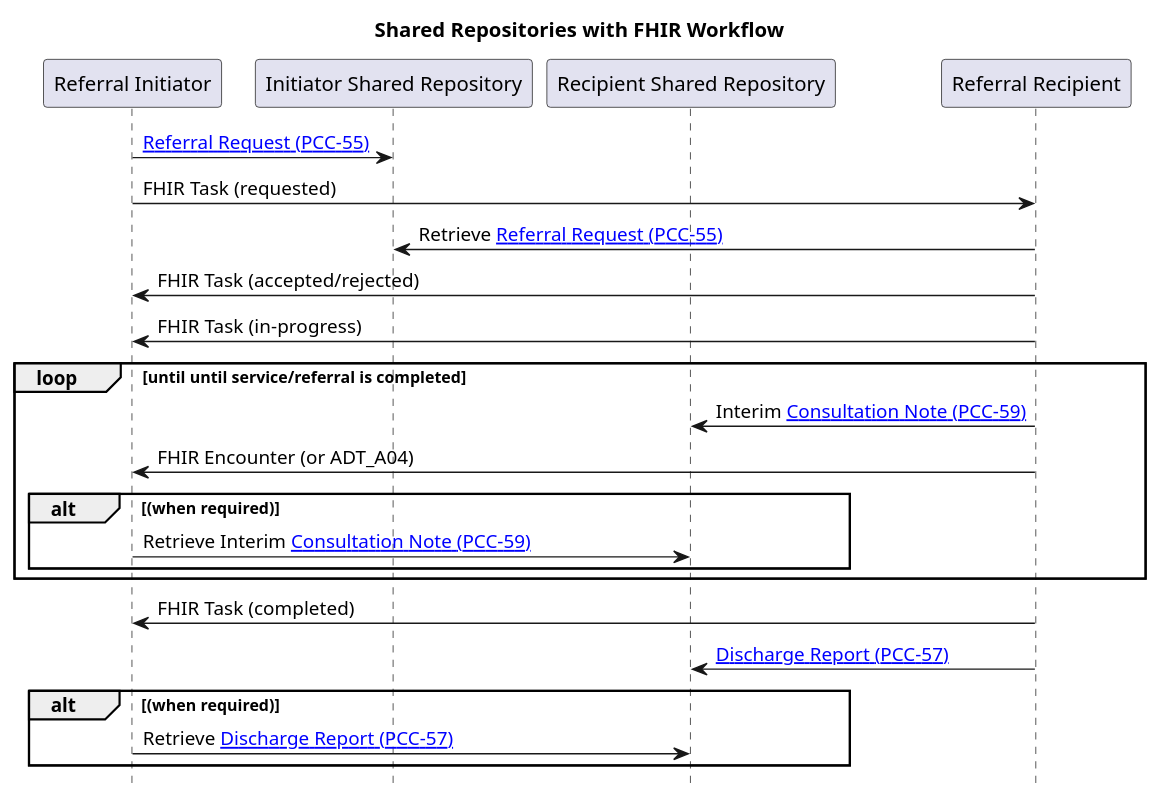
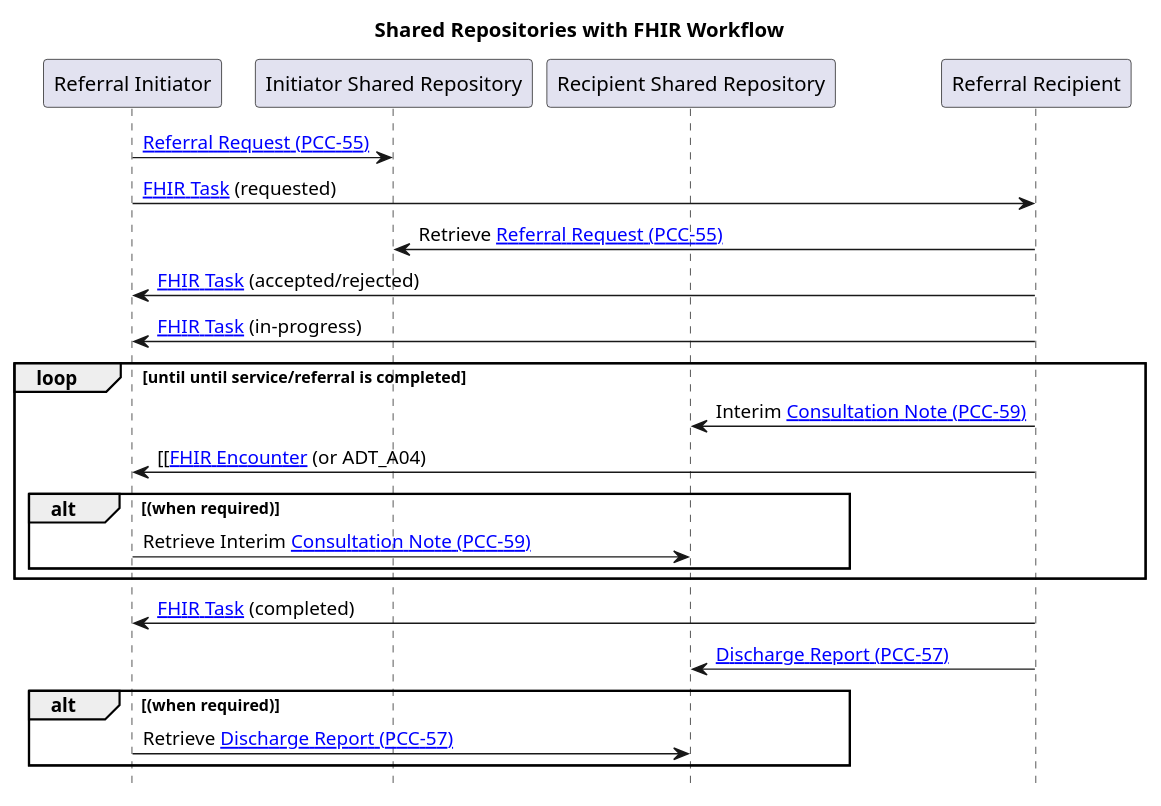
One commit to Virtually-Healthcare/virtually-healthcare.github.com changed the diagram in input/images-source/eReferral-fhir-sequence.plantuml. Above: the diagram before and after it, drawn with PlantUML. The commit also changed 1 other file, not shown here.

```diff
--- a/input/images-source/eReferral-fhir-sequence.plantuml
+++ b/input/images-source/eReferral-fhir-sequence.plantuml
@@ -1,30 +1,30 @@
 @startuml
 
 
 title "Shared Repositories with FHIR Workflow"
 
 hide footbox
 
 participant "Referral Initiator" as placer
 participant "Initiator Shared Repository" as cdri
 participant "Recipient Shared Repository" as cdrr
 participant "Referral Recipient" as filler
 
 placer -> cdri : [[I12.html Referral Request (PCC-55)]]
-placer -> filler: FHIR Task (requested)
+placer -> filler: [[StructureDefinition-Task.html FHIR Task]] (requested)
 filler -> cdri: Retrieve [[I12.html Referral Request (PCC-55)]]
-filler -> placer: FHIR Task (accepted/rejected)
-filler -> placer: FHIR Task (in-progress)
+filler -> placer: [[StructureDefinition-Task.html FHIR Task]] (accepted/rejected)
+filler -> placer: [[StructureDefinition-Task.html FHIR Task]] (in-progress)
 loop until until service/referral is completed
 filler -> cdrr:  Interim [[A04.html Consultation Note (PCC-59)]]
-filler -> placer: FHIR Encounter (or ADT_A04)
+filler -> placer: [[[[StructureDefinition-Encounter.html FHIR Encounter]] (or ADT_A04)
 alt (when required)
 placer -> cdrr: Retrieve Interim [[A04.html Consultation Note (PCC-59)]]
 end
 end
-filler -> placer: FHIR Task (completed)
+filler -> placer: [[StructureDefinition-Task.html FHIR Task]] (completed)
 filler -> cdrr: [[A03.html Discharge Report (PCC-57)]]
 alt (when required)
 placer -> cdrr: Retrieve [[A03.html Discharge Report (PCC-57)]]
 end
 @enduml
```
